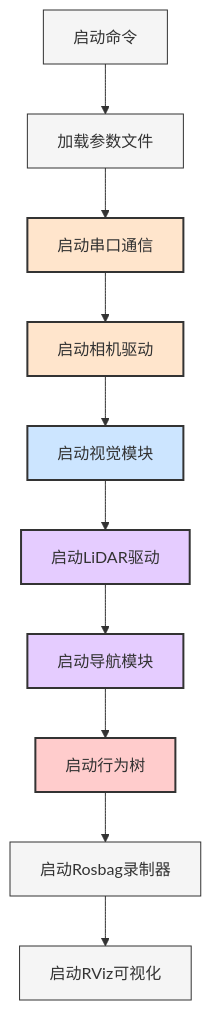
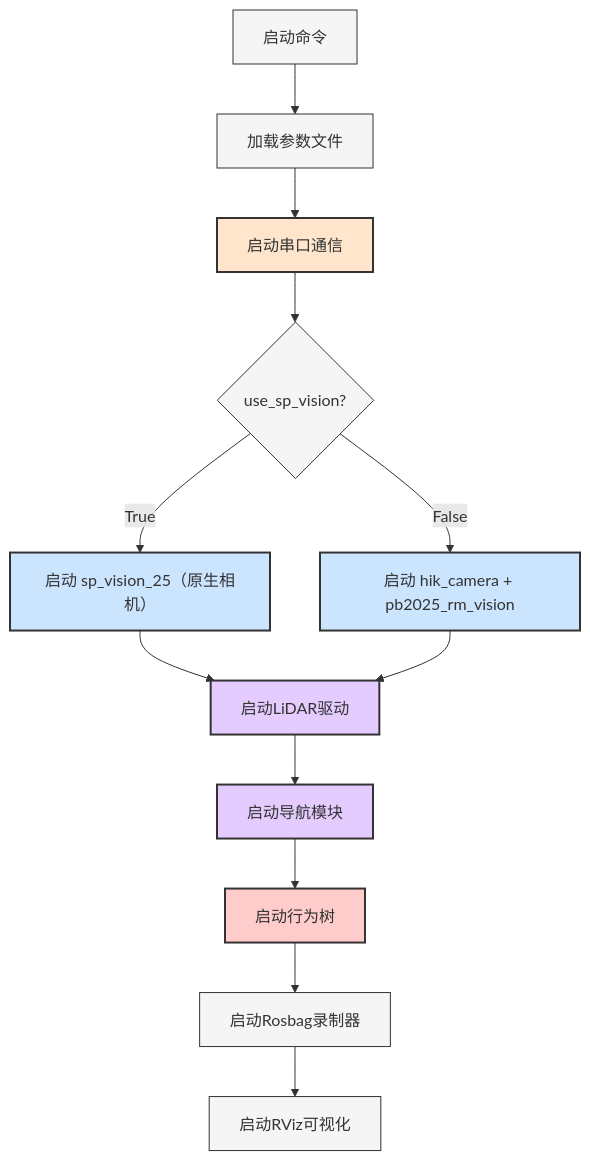
Before and after one commit to happywosabi/pb2025_sentry_ws: the first of 2 diagrams in docs/08_运行与调试.md, drawn with Mermaid. The commit also changed other lines of this file and 12 other files, not shown here.

````diff
--- a/docs/08_运行与调试.md
+++ b/docs/08_运行与调试.md
@@ -37,24 +41,26 @@
 ```mermaid
 graph TB
     A[启动命令] --> B[加载参数文件]
     B --> C[启动串口通信]
-    C --> D[启动相机驱动]
-    D --> E[启动视觉模块]
+    C --> D{use_sp_vision?}
+    D -->|True| E[启动 sp_vision_25（原生相机）]
+    D -->|False| E2[启动 hik_camera + pb2025_rm_vision]
     E --> F[启动LiDAR驱动]
+    E2 --> F
     F --> G[启动导航模块]
     G --> H[启动行为树]
     H --> I[启动Rosbag录制器]
     I --> J[启动RViz可视化]
 
     classDef hardwareClass fill:#FFE5CC,stroke:#333,stroke-width:2px
     classDef perceptionClass fill:#CCE5FF,stroke:#333,stroke-width:2px
     classDef navClass fill:#E5CCFF,stroke:#333,stroke-width:2px
     classDef decisionClass fill:#FFCCCC,stroke:#333,stroke-width:2px
     classDef processClass fill:#F5F5F5,stroke:#333,stroke-width:1px
 
-    class C,D hardwareClass
-    class E perceptionClass
+    class C hardwareClass
+    class E,E2 perceptionClass
     class F,G navClass
     class H decisionClass
-    class A,B,I,J processClass
+    class A,B,D,I,J processClass
 ```
````
